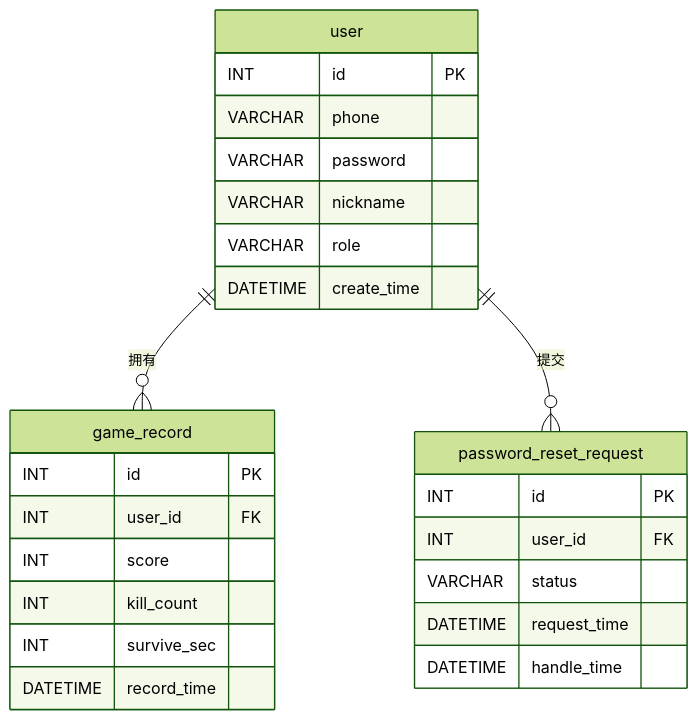
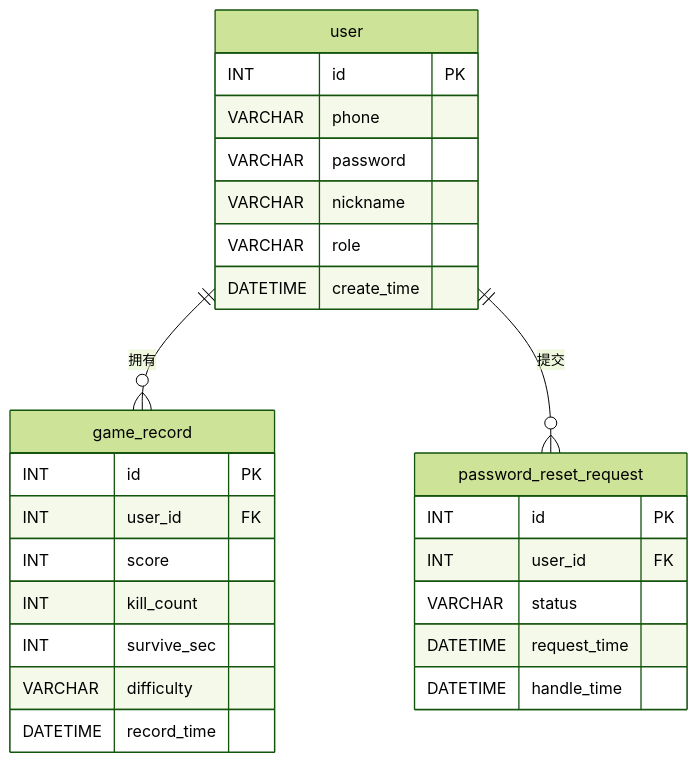
The diagram in docs/数据库设计文档.md (learnerCodeZ/javagame-zombie-shooter), drawn with Mermaid (forest theme) before and after one commit. The commit also changed other lines of this file and 4 other files, not shown here.

````diff
--- a/docs/数据库设计文档.md
+++ b/docs/数据库设计文档.md
@@ -31,28 +31,29 @@
 ```mermaid
 erDiagram
     user ||--o{ game_record : 拥有
     user ||--o{ password_reset_request : 提交
     user {
         INT id PK
         VARCHAR phone
         VARCHAR password
         VARCHAR nickname
         VARCHAR role
         DATETIME create_time
     }
     game_record {
         INT id PK
         INT user_id FK
         INT score
         INT kill_count
         INT survive_sec
+        VARCHAR difficulty
         DATETIME record_time
     }
     password_reset_request {
         INT id PK
         INT user_id FK
         VARCHAR status
         DATETIME request_time
         DATETIME handle_time
     }
 ```
````
